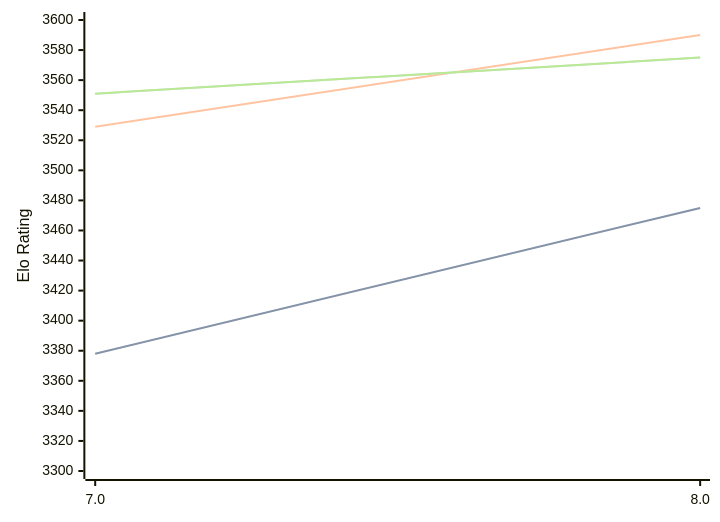
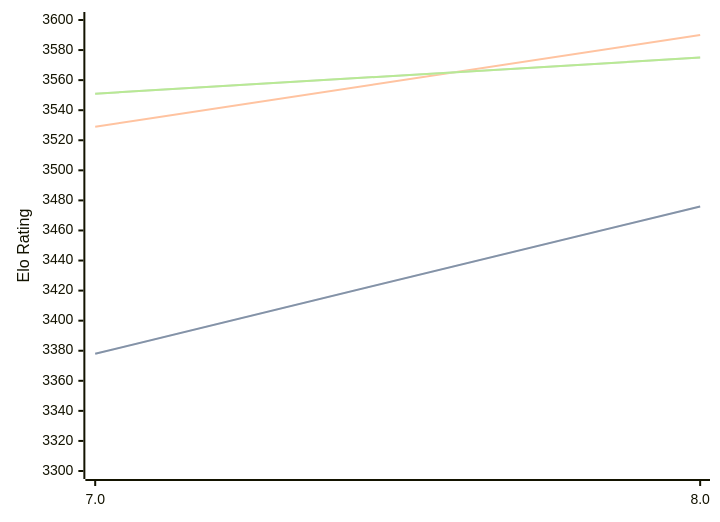
Before and after one commit to computer-chess-index/cci: the diagram in engines/Integral.md, drawn with Mermaid. The commit also changed other lines of this file, not shown here.

````diff
--- a/engines/Integral.md
+++ b/engines/Integral.md
@@ -32,11 +32,11 @@
 ```mermaid
 %%{init: {"theme":"base","themeVariables":{"seriesColors:['#a3a3a3','#222221','#faa371']}}}%%
 xychart-beta
   x-axis ["7.0", "8.0"]
   y-axis "Elo Rating" 3300 --> 3600
-  line "" [3378, 3475]
-  line "STC (8.0+0.08s)" [3378, 3475]
+  line "" [3378, 3476]
+  line "STC (8.0+0.08s)" [3378, 3476]
   line "LTC (60.0+0.60s)" [3529, 3590]
   line "" [3551, 3575]
   line "VLTC (2m24s+1.12s)" [3551, 3575]
 ```
````
